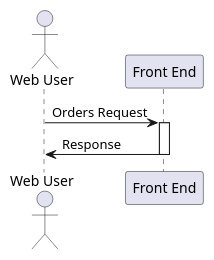
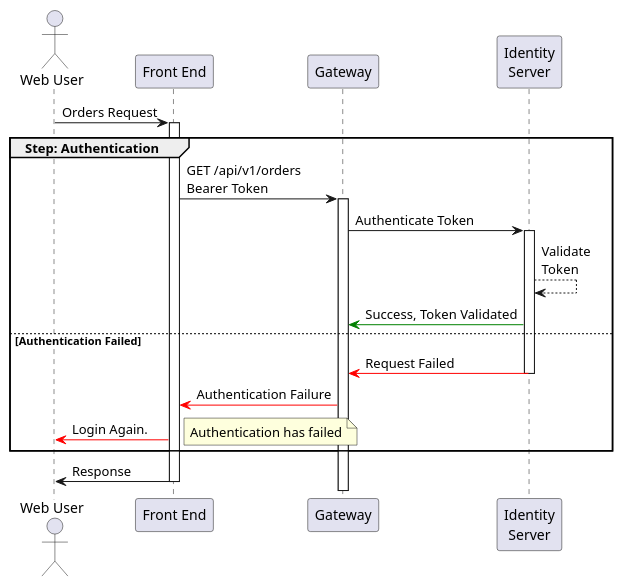
The diagram in sequence_diag.wsd (josephvt78/diagraming-learning), drawn with PlantUML before and after one commit.

Commit message:
group, dotted lines, colored lines, sticky notes

```diff
--- a/sequence_diag.wsd
+++ b/sequence_diag.wsd
@@ -1,11 +1,22 @@
 @startuml my simple order request
 
 actor "Web User" as WebUser
 participant "Front End" as Portal
+participant Gateway
+participant "Identity\nServer" as IdentityServer
 
 WebUser -> Portal ++ : Orders Request
-'activate Portal
-'deactivate Portal
+group Step: Authentication
+    Portal -> Gateway ++: GET /api/v1/orders\nBearer Token
+    Gateway -> IdentityServer ++: Authenticate Token
+    IdentityServer --> IdentityServer : Validate\nToken
+    IdentityServer -[#green]> Gateway : Success, Token Validated
+else Authentication Failed
+    IdentityServer -[#red]> Gateway --: Request Failed
+    Gateway -[#red]> Portal : Authentication Failure
+    Portal -[#red]> WebUser: Login Again.  
+    note right : Authentication has failed  
+end
 Portal -> WebUser --: Response
 
 @enduml
```
